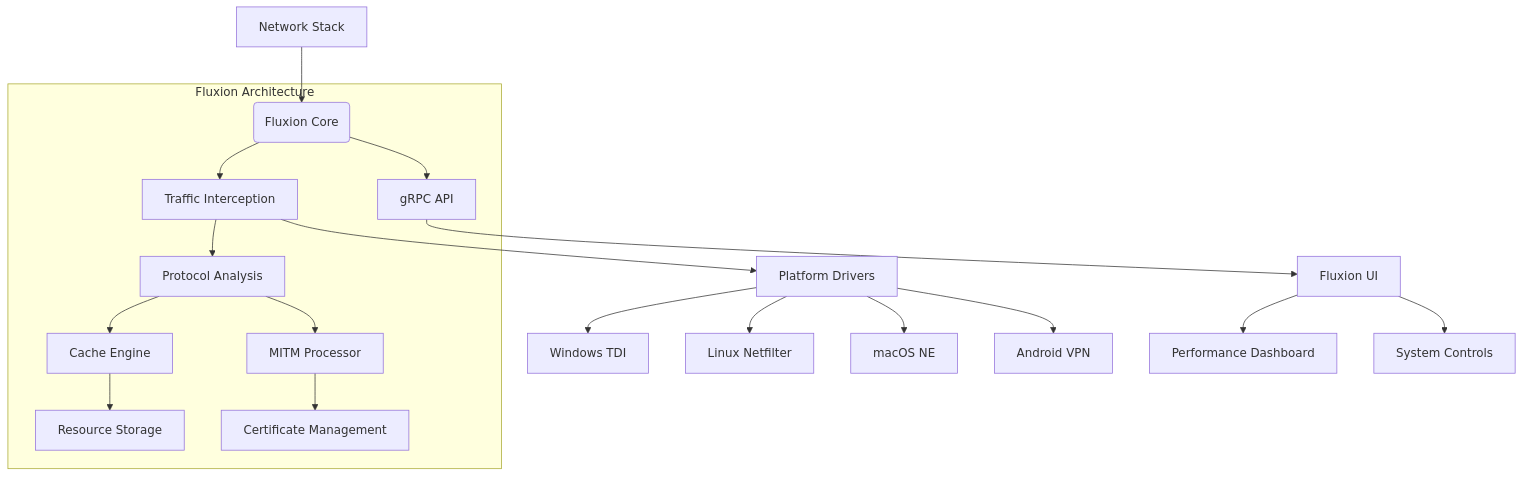
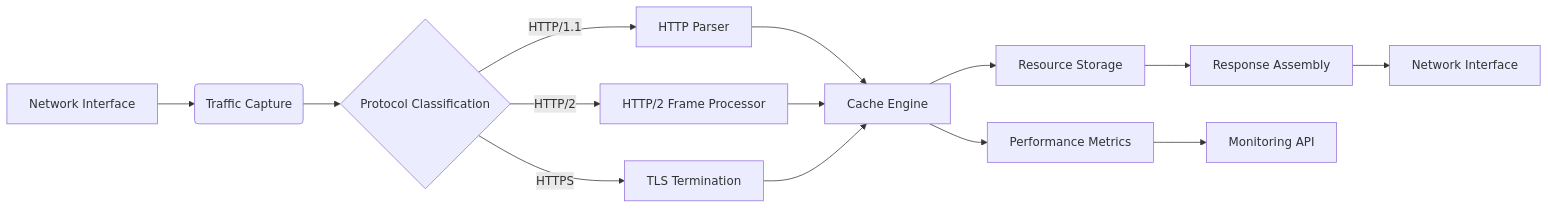
Before and after one commit to luxovee/fluxlon: the first of 3 diagrams in README.md, drawn with Mermaid. The commit also changed other lines of this file, not shown here.

````diff
--- a/README.md
+++ b/README.md
@@ -30,21 +26,16 @@
 ```mermaid
-graph TD
-    A[Network Stack] --> B(Fluxion Core)
-    subgraph Fluxion Architecture
-        B --> C[Traffic Interception]
-        C --> D[Protocol Analysis]
-        D --> E[Cache Engine]
-        E --> F[Resource Storage]
-        D --> G[MITM Processor]
-        G --> H[Certificate Management]
-        B --> I[gRPC API]
-    end
-    I --> J[Fluxion UI]
-    J --> K[Performance Dashboard]
-    J --> L[System Controls]
-    C --> M[Platform Drivers]
-    M --> N[Windows TDI]
-    M --> O[Linux Netfilter]
-    M --> P[macOS NE]
-    M --> Q[Android VPN]
+graph LR
+    A[Network Interface] --> B(Traffic Capture)
+    B --> C{Protocol Classification}
+    C -->|HTTP/1.1| D[HTTP Parser]
+    C -->|HTTP/2| E[HTTP/2 Frame Processor]
+    C -->|HTTPS| F[TLS Termination]
+    D --> G[Cache Engine]
+    E --> G
+    F --> G
+    G --> H[Resource Storage]
+    H --> I[Response Assembly]
+    I --> J[Network Interface]
+    G --> K[Performance Metrics]
+    K --> L[Monitoring API]
 ```
````
